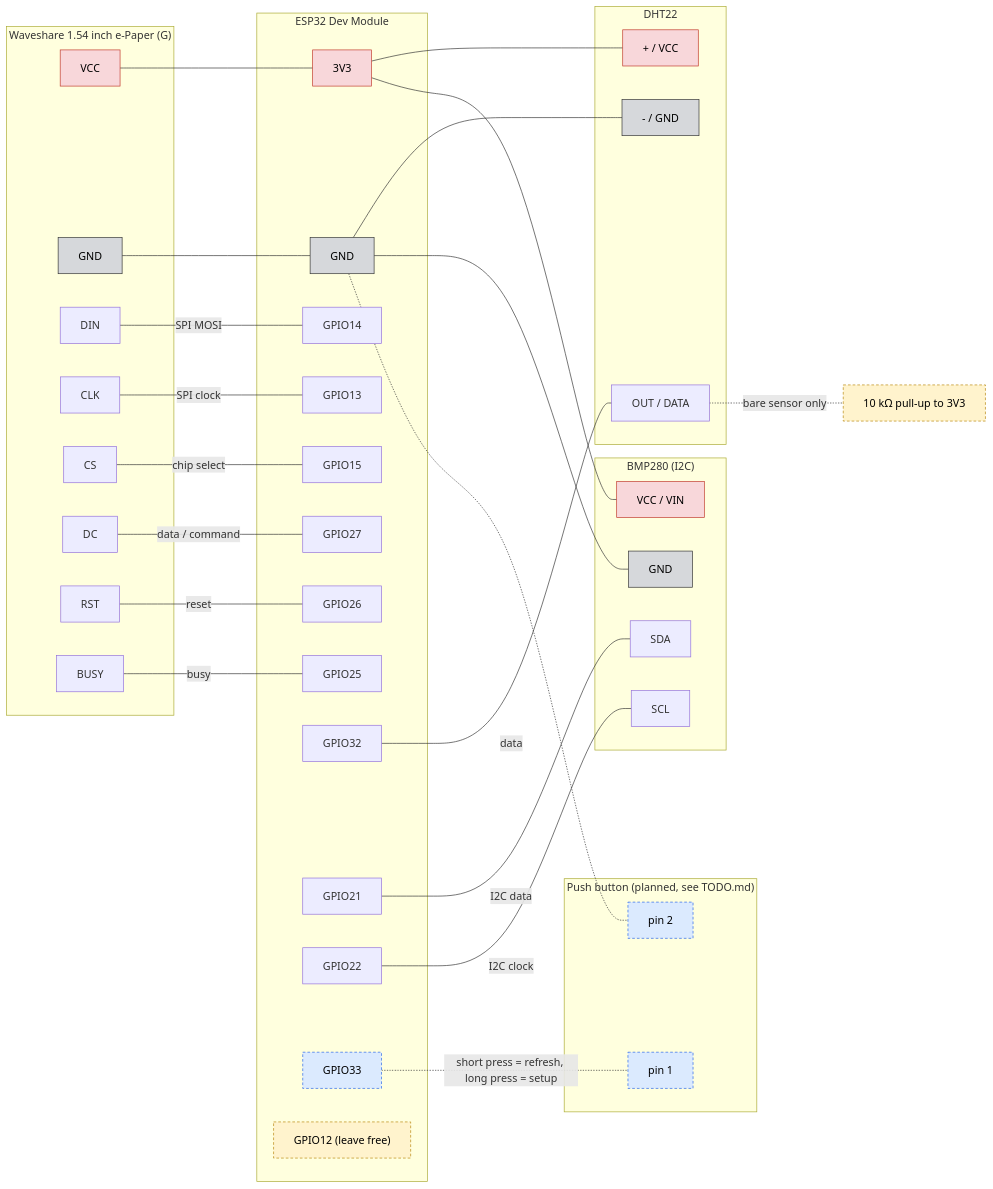
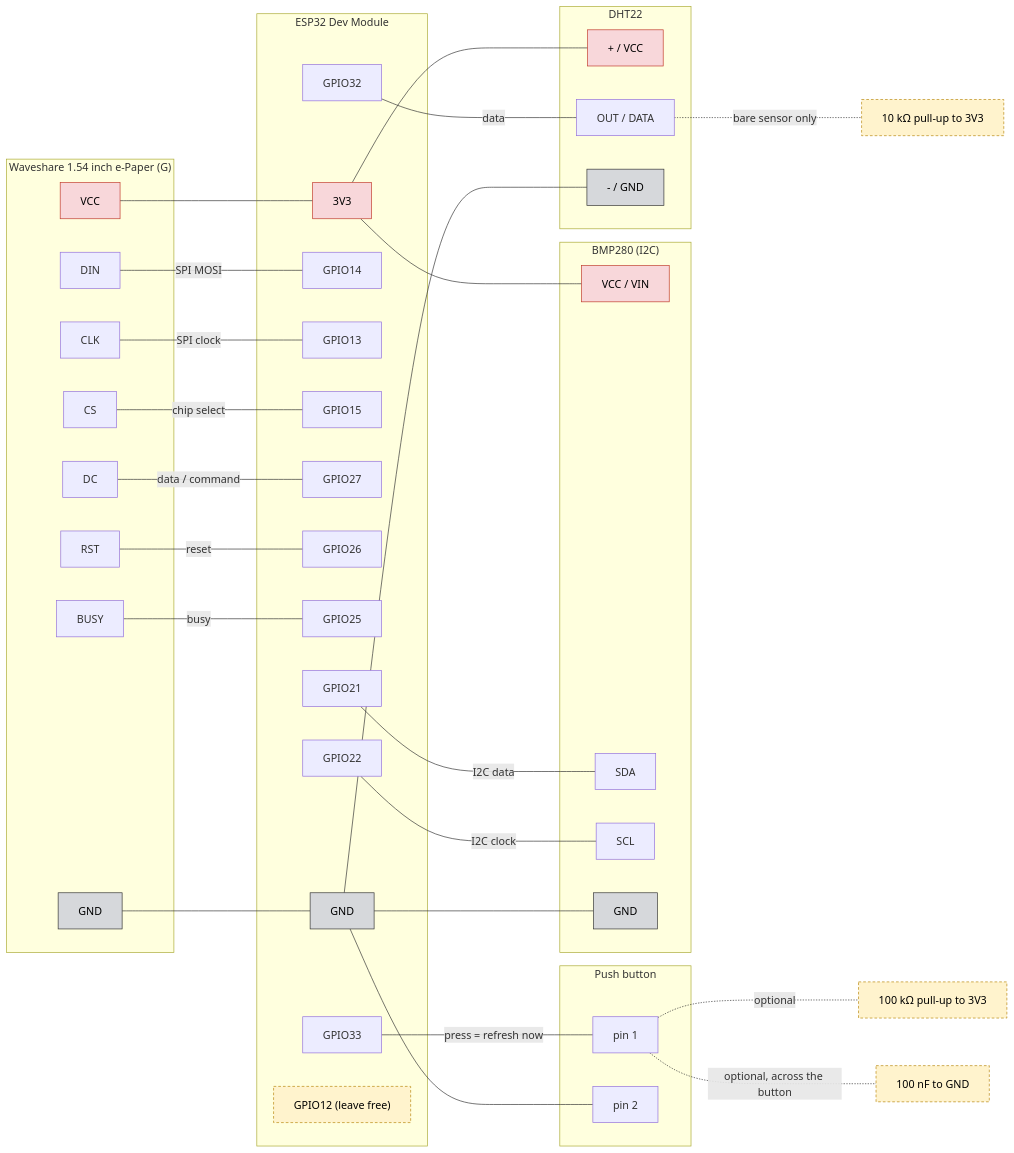
One commit to gmentzik/esp32-epaper-weather-1in54g changed the diagram in README.md. Above: the diagram before and after it, drawn with Mermaid. The commit also changed other lines of this file and 3 other files, not shown here.

Commit message:
Add push button functionality for immediate refresh and next view

````diff
--- a/README.md
+++ b/README.md
@@ -159,81 +162,81 @@
 ```mermaid
 flowchart LR
   subgraph EPD["Waveshare 1.54 inch e-Paper (G)"]
     E_VCC[VCC]
     E_GND[GND]
     E_DIN[DIN]
     E_CLK[CLK]
     E_CS[CS]
     E_DC[DC]
     E_RST[RST]
     E_BUSY[BUSY]
   end
 
   subgraph ESP["ESP32 Dev Module"]
     P_3V3[3V3]
     P_GND[GND]
     P14[GPIO14]
     P13[GPIO13]
     P15[GPIO15]
     P27[GPIO27]
     P26[GPIO26]
     P25[GPIO25]
     P32[GPIO32]
     P21[GPIO21]
     P22[GPIO22]
     P33[GPIO33]
     P12["GPIO12 (leave free)"]
   end
 
   subgraph DHT["DHT22"]
     D_VCC["+ / VCC"]
     D_DATA[OUT / DATA]
     D_GND["- / GND"]
   end
 
   subgraph BMP["BMP280 (I2C)"]
     B_VCC[VCC / VIN]
     B_SDA[SDA]
     B_SCL[SCL]
     B_GND[GND]
   end
 
-  subgraph BTN["Push button (planned, see TODO.md)"]
+  subgraph BTN["Push button"]
     K_A["pin 1"]
     K_B["pin 2"]
   end
 
   %% e-Paper (left) to ESP32
   E_VCC --- P_3V3
   E_GND --- P_GND
   E_DIN ---|SPI MOSI| P14
   E_CLK ---|SPI clock| P13
   E_CS ---|chip select| P15
   E_DC ---|data / command| P27
   E_RST ---|reset| P26
   E_BUSY ---|busy| P25
 
   %% ESP32 to the sensors (right)
   P_3V3 --- D_VCC
   P32 ---|data| D_DATA
   P_GND --- D_GND
   D_DATA -.-|bare sensor only| R["10 kΩ pull-up to 3V3"]
 
   P_3V3 --- B_VCC
   P21 ---|I2C data| B_SDA
   P22 ---|I2C clock| B_SCL
   P_GND --- B_GND
 
-  %% Planned: normally-open button, GPIO33 to GND (internal pull-up, wakes from deep sleep)
-  P33 -.-|"short press = refresh, long press = setup"| K_A
-  P_GND -.- K_B
+  %% Normally-open button, GPIO33 to GND (internal pull-up, wakes from deep sleep)
+  P33 ---|"press = refresh now"| K_A
+  P_GND --- K_B
+  K_A -.-|optional| R2["100 kΩ pull-up to 3V3"]
+  K_A -.-|optional, across the button| C1["100 nF to GND"]
 
   classDef power fill:#f8d7da,stroke:#c0392b,color:#000
   classDef ground fill:#d6d8db,stroke:#333,color:#000
   classDef free fill:#fff3cd,stroke:#b8860b,color:#000,stroke-dasharray:4 3
   class E_VCC,P_3V3,D_VCC,B_VCC power
   class E_GND,P_GND,D_GND,B_GND ground
-  classDef planned fill:#dbeafe,stroke:#2563eb,color:#000,stroke-dasharray:4 3
-  class P12,R free
-  class P33,K_A,K_B planned
+  class P12,R,R2,C1 free
 ```
````
